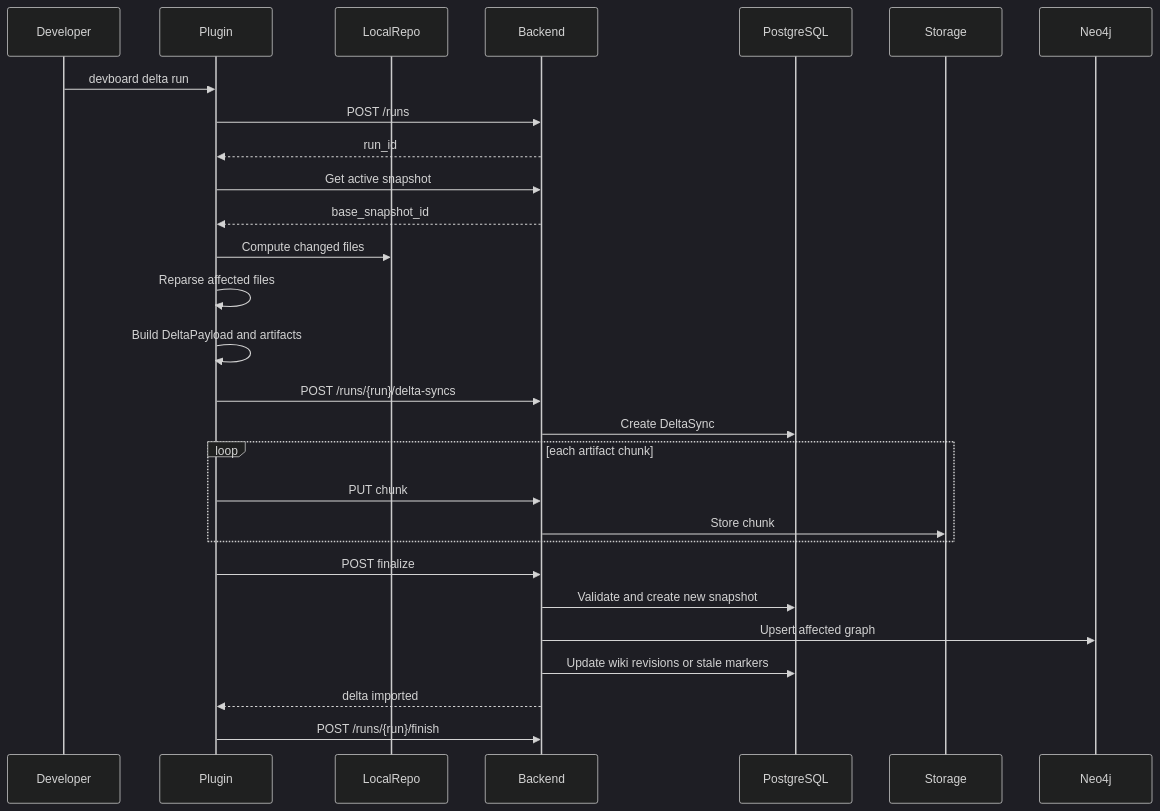
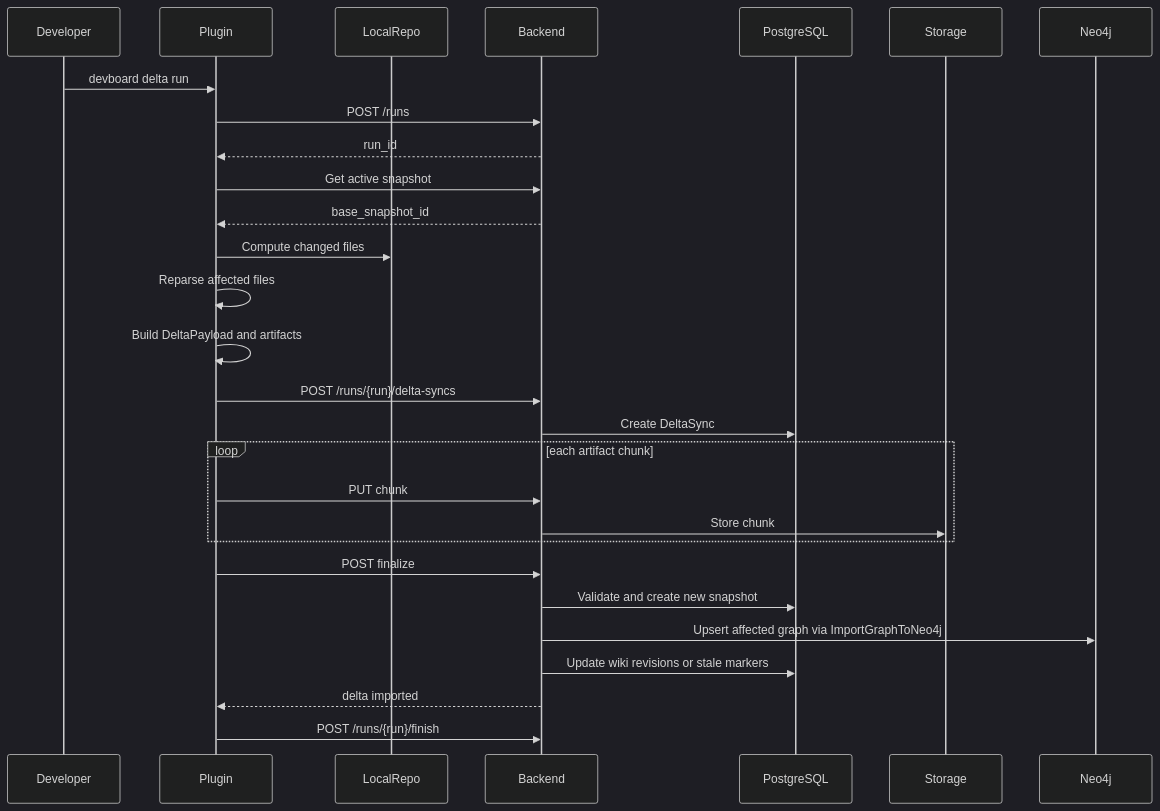
Before and after one commit to titagram/dev-sandbox: the fifth of 10 diagrams in docs/ai-devboard/10_RUNTIME_SEQUENCES.md, drawn with Mermaid (dark theme). The commit also changed other lines of this file and 121 other files, not shown here.

````diff
--- a/docs/ai-devboard/10_RUNTIME_SEQUENCES.md
+++ b/docs/ai-devboard/10_RUNTIME_SEQUENCES.md
@@ -161,31 +161,31 @@
 ```mermaid
 sequenceDiagram
     participant Developer
     participant Plugin
     participant LocalRepo
     participant Backend
     participant PostgreSQL
     participant Storage
     participant Neo4j
 
     Developer->>Plugin: devboard delta run
     Plugin->>Backend: POST /runs
     Backend-->>Plugin: run_id
     Plugin->>Backend: Get active snapshot
     Backend-->>Plugin: base_snapshot_id
     Plugin->>LocalRepo: Compute changed files
     Plugin->>Plugin: Reparse affected files
     Plugin->>Plugin: Build DeltaPayload and artifacts
     Plugin->>Backend: POST /runs/{run}/delta-syncs
     Backend->>PostgreSQL: Create DeltaSync
     loop each artifact chunk
         Plugin->>Backend: PUT chunk
         Backend->>Storage: Store chunk
     end
     Plugin->>Backend: POST finalize
     Backend->>PostgreSQL: Validate and create new snapshot
-    Backend->>Neo4j: Upsert affected graph
+    Backend->>Neo4j: Upsert affected graph via ImportGraphToNeo4j
     Backend->>PostgreSQL: Update wiki revisions or stale markers
     Backend-->>Plugin: delta imported
     Plugin->>Backend: POST /runs/{run}/finish
 ```
````
